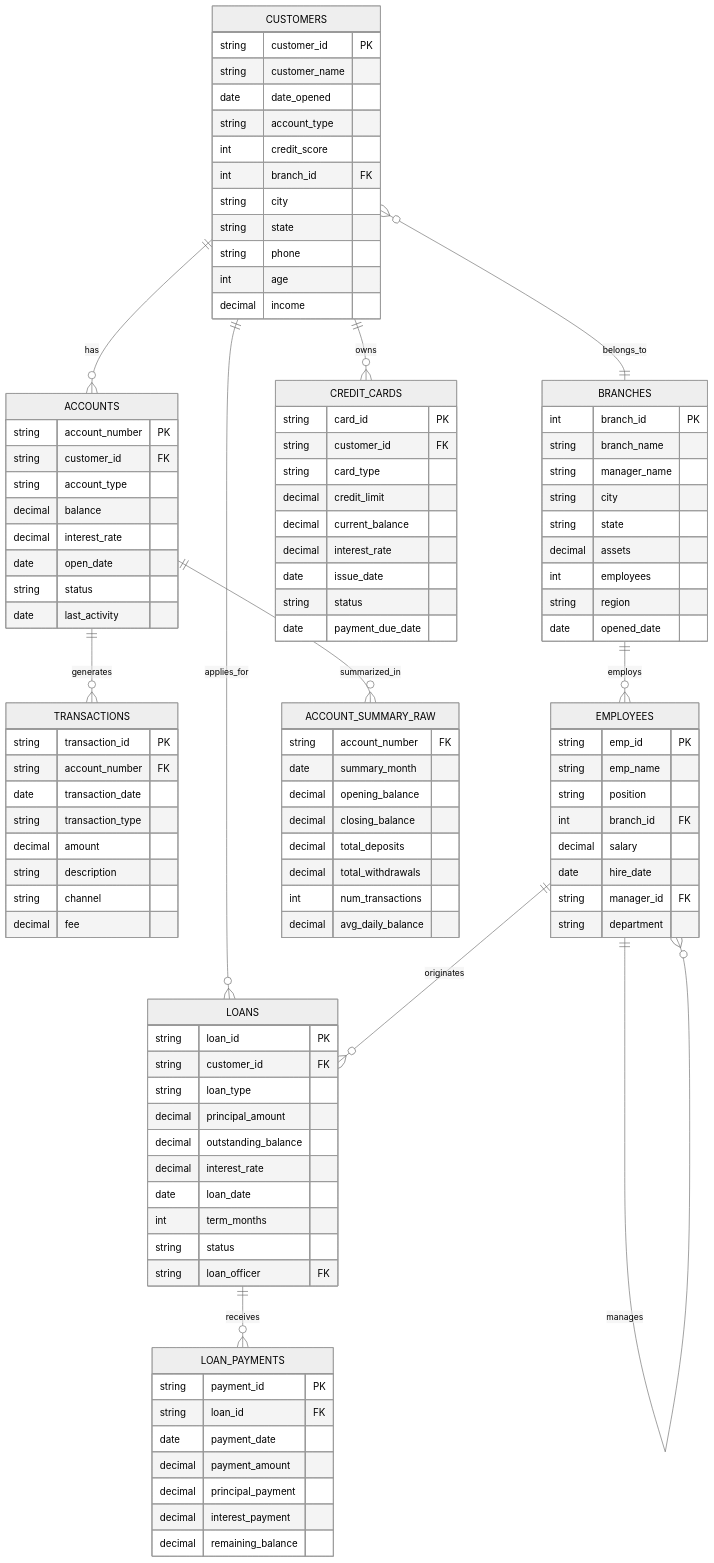
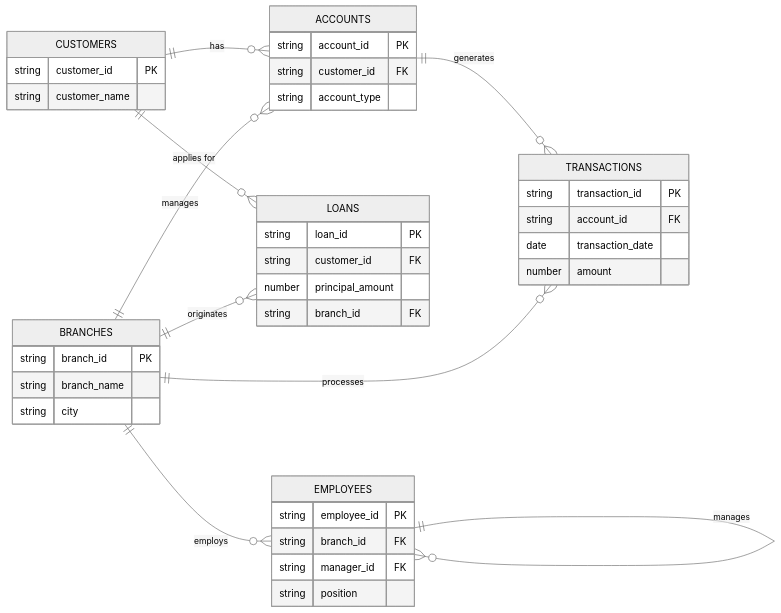
Before and after one commit to andrewdk1123/sas-code-snippets: the diagram in source/banking/banking-erd.mmd, drawn with Mermaid (neutral theme). The commit also changed 2 other files, not shown here.

Commit message:
Updated schema for banking
Updated schema for banking

```diff
--- a/source/banking/banking-erd.mmd
+++ b/source/banking/banking-erd.mmd
@@ -1,131 +1,45 @@
 erDiagram
+    direction LR
+
     CUSTOMERS {
         string customer_id PK
         string customer_name
-        date date_opened
-        string account_type
-        int credit_score
-        int branch_id FK
-        string city
-        string state
-        string phone
-        int age
-        decimal income
     }
-    
-    BRANCHES {
-        int branch_id PK
-        string branch_name
-        string manager_name
-        string city
-        string state
-        decimal assets
-        int employees
-        string region
-        date opened_date
-    }
-    
     ACCOUNTS {
-        string account_number PK
+        string account_id PK
         string customer_id FK
         string account_type
-        decimal balance
-        decimal interest_rate
-        date open_date
-        string status
-        date last_activity
     }
-    
     TRANSACTIONS {
         string transaction_id PK
-        string account_number FK
+        string account_id FK
         date transaction_date
-        string transaction_type
-        decimal amount
-        string description
-        string channel
-        decimal fee
+        number amount
     }
-    
+    BRANCHES {
+        string branch_id PK
+        string branch_name
+        string city
+    }
     LOANS {
         string loan_id PK
         string customer_id FK
-        string loan_type
-        decimal principal_amount
-        decimal outstanding_balance
-        decimal interest_rate
-        date loan_date
-        int term_months
-        string status
-        string loan_officer FK
+        number principal_amount
+        string branch_id FK
     }
-    
-    LOAN_PAYMENTS {
-        string payment_id PK
-        string loan_id FK
-        date payment_date
-        decimal payment_amount
-        decimal principal_payment
-        decimal interest_payment
-        decimal remaining_balance
-    }
-    
-    CREDIT_CARDS {
-        string card_id PK
-        string customer_id FK
-        string card_type
-        decimal credit_limit
-        decimal current_balance
-        decimal interest_rate
-        date issue_date
-        string status
-        date payment_due_date
-    }
-    
     EMPLOYEES {
-        string emp_id PK
-        string emp_name
+        string employee_id PK
+        string branch_id FK
+        string manager_id FK
         string position
-        int branch_id FK
-        decimal salary
-        date hire_date
-        string manager_id FK
-        string department
-    }
-    
-    ACCOUNT_SUMMARY_RAW {
-        string account_number FK
-        date summary_month
-        decimal opening_balance
-        decimal closing_balance
-        decimal total_deposits
-        decimal total_withdrawals
-        int num_transactions
-        decimal avg_daily_balance
     }
 
     %% Relationships
     CUSTOMERS ||--o{ ACCOUNTS : "has"
-    CUSTOMERS ||--o{ LOANS : "applies_for"
-    CUSTOMERS ||--o{ CREDIT_CARDS : "owns"
-    CUSTOMERS }o--|| BRANCHES : "belongs_to"
-    
+    CUSTOMERS ||--o{ LOANS : "applies for"
     ACCOUNTS ||--o{ TRANSACTIONS : "generates"
-    ACCOUNTS ||--o{ ACCOUNT_SUMMARY_RAW : "summarized_in"
-    
-    LOANS ||--o{ LOAN_PAYMENTS : "receives"
-    
+    BRANCHES ||--o{ ACCOUNTS : "manages"
+    BRANCHES ||--o{ TRANSACTIONS : "processes"
+    BRANCHES ||--o{ LOANS : "originates"
     BRANCHES ||--o{ EMPLOYEES : "employs"
     EMPLOYEES ||--o{ EMPLOYEES : "manages"
-    EMPLOYEES ||--o{ LOANS : "originates"
-    
-    %% Additional relationship notes
-    %% Customer-Branch: Many customers belong to one branch
-    %% Customer-Account: One customer can have many accounts
-    %% Account-Transaction: One account can have many transactions
-    %% Customer-Loan: One customer can have many loans
-    %% Loan-Payment: One loan can have many payments
-    %% Customer-Credit Card: One customer can have many credit cards
-    %% Branch-Employee: One branch can have many employees
-    %% Employee-Employee: Manager relationship (self-referencing)
-    %% Employee-Loan: One loan officer can originate many loans
```
